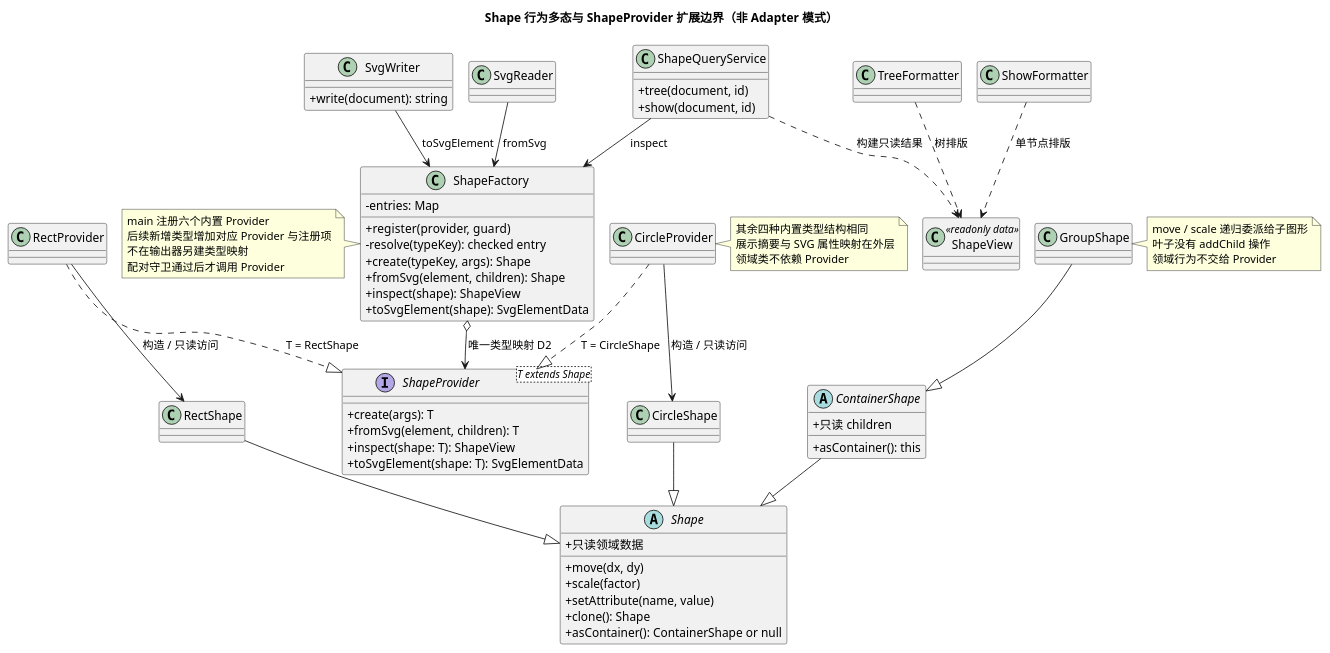
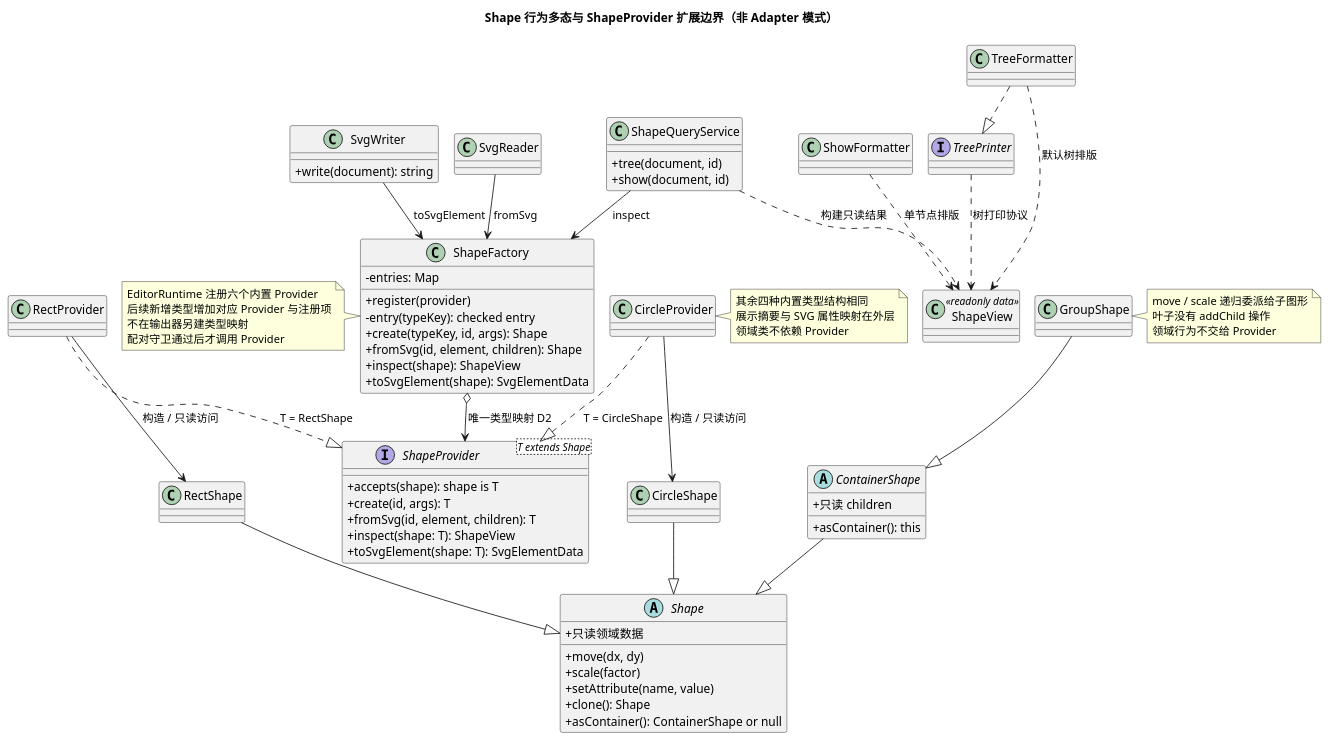
One commit to xinyue-huang0710/2026software-design-pj_hxy changed the diagram in doc/diagrams/shape-providers.puml. Above: the diagram before and after it, drawn with PlantUML. The commit also changed 14 other files, not shown here.

Commit message:
docs: complete architecture audit and phase one delivery guide

```diff
--- a/doc/diagrams/shape-providers.puml
+++ b/doc/diagrams/shape-providers.puml
@@ -1,86 +1,90 @@
 @startuml
 !pragma layout smetana
 skinparam defaultFontName Microsoft YaHei
 skinparam backgroundColor white
 skinparam classAttributeIconSize 0
 skinparam nodesep 45
 skinparam ranksep 50
 title Shape 行为多态与 ShapeProvider 扩展边界（非 Adapter 模式）
 
 class ShapeFactory {
   -entries: Map
-  +register(provider, guard)
-  -resolve(typeKey): checked entry
-  +create(typeKey, args): Shape
-  +fromSvg(element, children): Shape
+  +register(provider)
+  -entry(typeKey): checked entry
+  +create(typeKey, id, args): Shape
+  +fromSvg(id, element, children): Shape
   +inspect(shape): ShapeView
   +toSvgElement(shape): SvgElementData
 }
 interface "ShapeProvider<T extends Shape>" as ShapeProvider {
-  +create(args): T
-  +fromSvg(element, children): T
+  +accepts(shape): shape is T
+  +create(id, args): T
+  +fromSvg(id, element, children): T
   +inspect(shape: T): ShapeView
   +toSvgElement(shape: T): SvgElementData
 }
 class RectProvider
 class CircleProvider
 class ShapeQueryService {
   +tree(document, id)
   +show(document, id)
 }
+interface TreePrinter
 class TreeFormatter
 class ShowFormatter
 class ShapeView <<readonly data>>
 class SvgWriter {
   +write(document): string
 }
 class SvgReader
 abstract class Shape {
   +move(dx, dy)
   +scale(factor)
   +setAttribute(name, value)
   +clone(): Shape
   +asContainer(): ContainerShape or null
   +只读领域数据
 }
 class RectShape
 class CircleShape
 abstract class ContainerShape {
   +只读 children
   +asContainer(): this
 }
 class GroupShape
 
 ShapeFactory o--> ShapeProvider : 唯一类型映射 D2
 RectProvider ..|> ShapeProvider : T = RectShape
 CircleProvider ..|> ShapeProvider : T = CircleShape
 RectProvider --> RectShape : 构造 / 只读访问
 CircleProvider --> CircleShape : 构造 / 只读访问
 RectShape --|> Shape
 CircleShape --|> Shape
 ContainerShape --|> Shape
 GroupShape --|> ContainerShape
 ShapeQueryService --> ShapeFactory : inspect
-TreeFormatter ..> ShapeView : 树排版
+TreeFormatter ..|> TreePrinter
+TreePrinter ..> ShapeView : 树打印协议
+TreeFormatter ..> ShapeView : 默认树排版
 ShowFormatter ..> ShapeView : 单节点排版
 ShapeQueryService ..> ShapeView : 构建只读结果
 SvgWriter --> ShapeFactory : toSvgElement
 SvgReader --> ShapeFactory : fromSvg
 
 note left of ShapeFactory
-  main 注册六个内置 Provider
+  EditorRuntime 注册六个内置 Provider
   后续新增类型增加对应 Provider 与注册项
   不在输出器另建类型映射
   配对守卫通过后才调用 Provider
 end note
 note right of GroupShape
   move / scale 递归委派给子图形
   叶子没有 addChild 操作
   领域行为不交给 Provider
 end note
 note right of CircleProvider
   其余四种内置类型结构相同
   展示摘要与 SVG 属性映射在外层
   领域类不依赖 Provider
 end note
 @enduml
```
